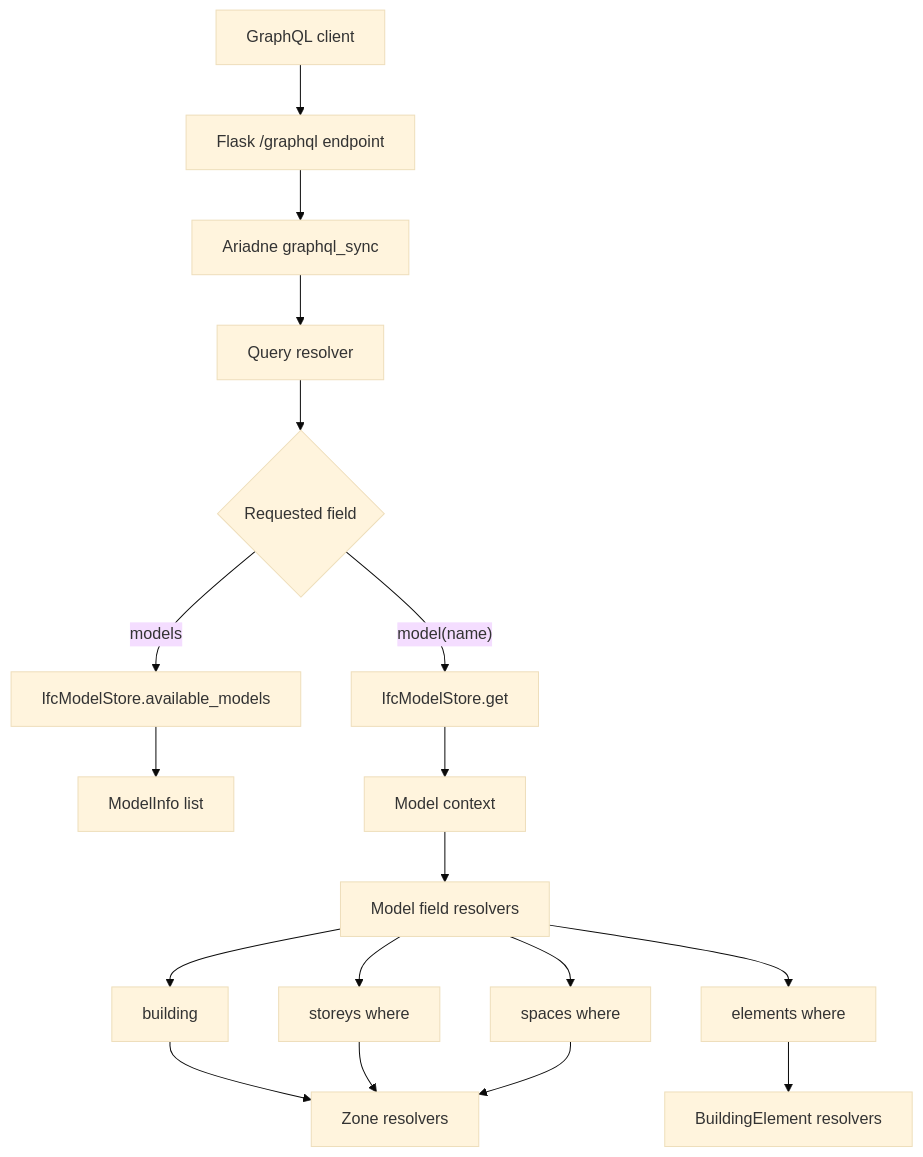
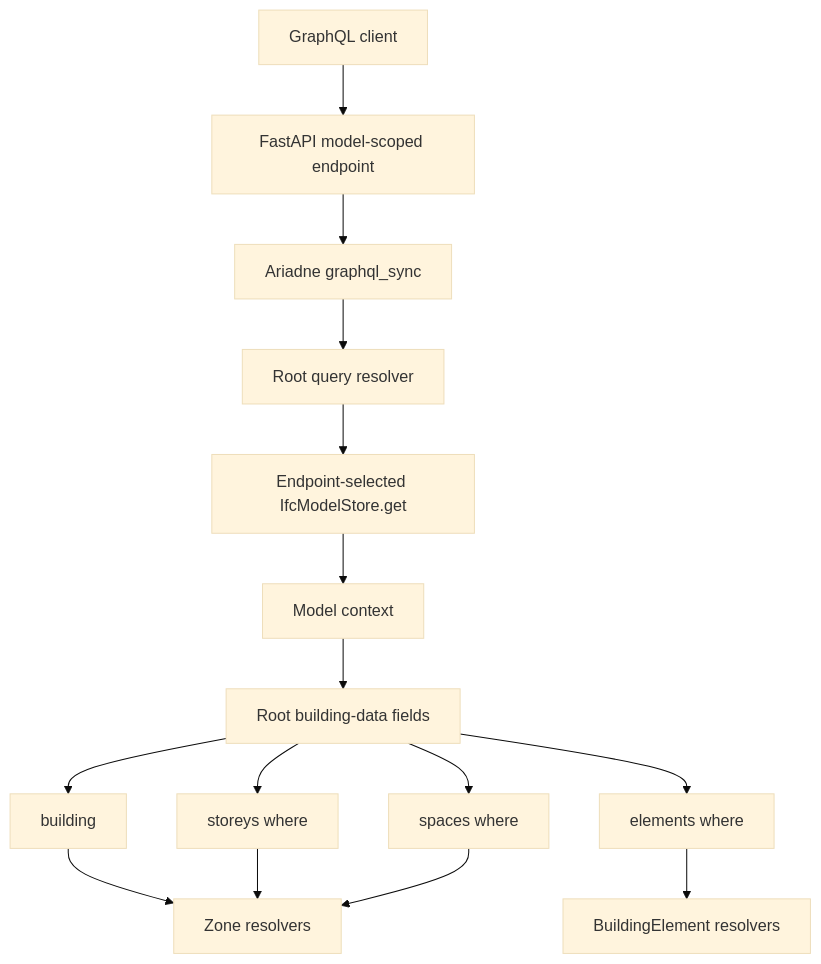
The first of 4 diagrams in docs/architecture.md (NepomukWolf/graphql-building-api), drawn with Mermaid (base theme) before and after one commit. The commit also changed other lines of this file and 17 other files, not shown here.

Commit message:
flatten model-scoped building schema

````diff
--- a/docs/architecture.md
+++ b/docs/architecture.md
@@ -5,24 +5,19 @@
 ```mermaid
 flowchart TD
-    Client[GraphQL client] --> Endpoint[Flask /graphql endpoint]
+    Client[GraphQL client] --> Endpoint[FastAPI model-scoped endpoint]
     Endpoint --> Ariadne[Ariadne graphql_sync]
-    Ariadne --> Query[Query resolver]
-
-    Query --> Models{Requested field}
-    Models -- models --> Discover[IfcModelStore.available_models]
-    Discover --> ModelInfo[ModelInfo list]
-
-    Models -- model(name) --> Store[IfcModelStore.get]
+    Ariadne --> Query[Root query resolver]
+    Query --> Store[Endpoint-selected IfcModelStore.get]
     Store --> Context[Model context]
-    Context --> ModelFields[Model field resolvers]
+    Context --> ModelFields[Root building-data fields]
 
     ModelFields --> Building[building]
     ModelFields --> Storeys[storeys where]
     ModelFields --> Spaces[spaces where]
     ModelFields --> Elements[elements where]
 
     Building --> ZoneResolvers[Zone resolvers]
     Storeys --> ZoneResolvers
     Spaces --> ZoneResolvers
     Elements --> ElementResolvers[BuildingElement resolvers]
 ```
````
